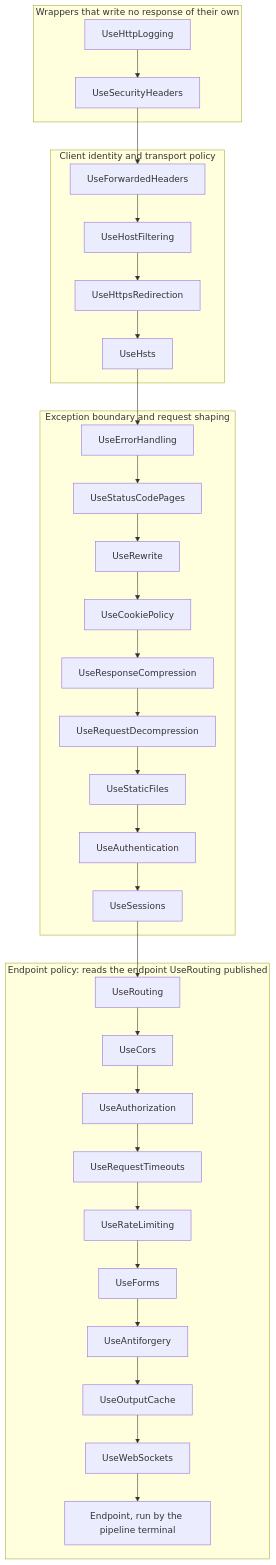
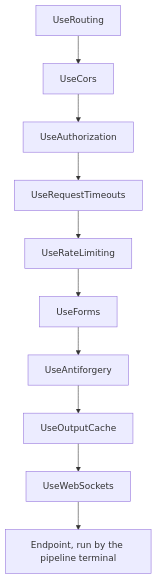
Before and after one commit to assimalign/cohesion-docs: the third of 3 diagrams in docs/web/middleware-order.md, drawn with Mermaid. The commit also changed other lines of this file and 7 other files, not shown here.

````diff
--- a/docs/web/middleware-order.md
+++ b/docs/web/middleware-order.md
@@ -18,18 +35,4 @@
 ```mermaid
 flowchart TD
-    subgraph Outer["Wrappers that write no response of their own"]
-        Logging["UseHttpLogging"] --> Headers["UseSecurityHeaders"]
-    end
-    subgraph Identity["Client identity and transport policy"]
-        Forwarded["UseForwardedHeaders"] --> Hosts["UseHostFiltering"] --> Https["UseHttpsRedirection"] --> Hsts["UseHsts"]
-    end
-    subgraph Shaping["Exception boundary and request shaping"]
-        Errors["UseErrorHandling"] --> Pages["UseStatusCodePages"] --> Rewrite["UseRewrite"] --> Cookies["UseCookiePolicy"] --> Compress["UseResponseCompression"] --> Decompress["UseRequestDecompression"] --> Static["UseStaticFiles"] --> Authn["UseAuthentication"] --> Sessions["UseSessions"]
-    end
-    subgraph Policy["Endpoint policy: reads the endpoint UseRouting published"]
-        Routing["UseRouting"] --> Cors["UseCors"] --> Authz["UseAuthorization"] --> Timeouts["UseRequestTimeouts"] --> Limits["UseRateLimiting"] --> Forms["UseForms"] --> Csrf["UseAntiforgery"] --> Cache["UseOutputCache"] --> Sockets["UseWebSockets"] --> Endpoint["Endpoint, run by the pipeline terminal"]
-    end
-    Headers --> Forwarded
-    Hsts --> Errors
-    Sessions --> Routing
+    Routing["UseRouting"] --> Cors["UseCors"] --> Authz["UseAuthorization"] --> Timeouts["UseRequestTimeouts"] --> Limits["UseRateLimiting"] --> Forms["UseForms"] --> Csrf["UseAntiforgery"] --> Cache["UseOutputCache"] --> Sockets["UseWebSockets"] --> Endpoint["Endpoint, run by the pipeline terminal"]
 ```
````
